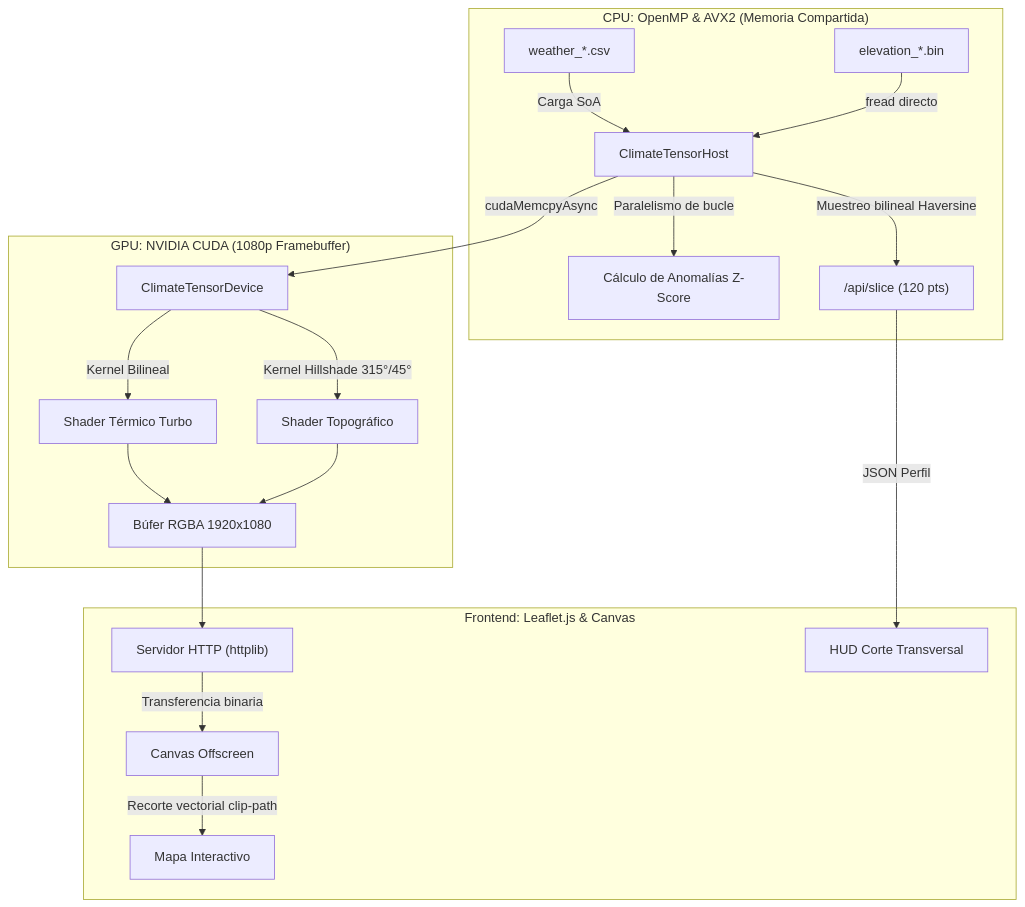
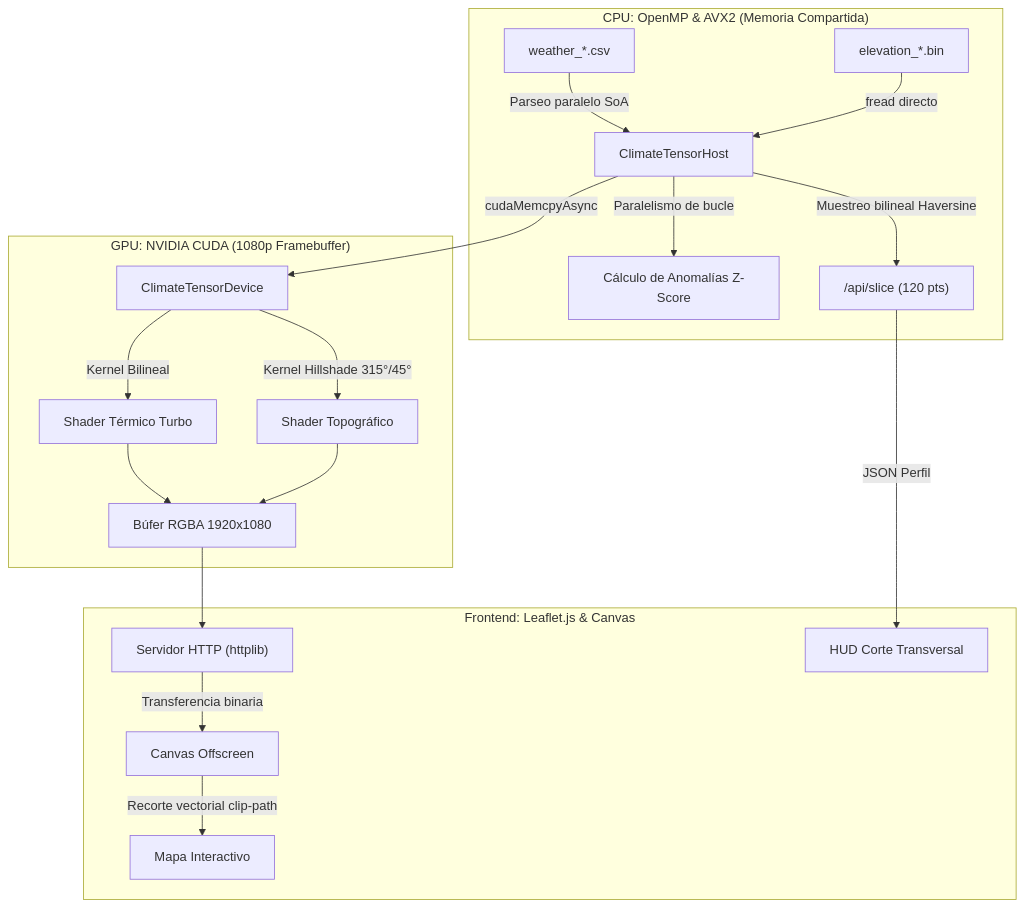
The diagram in README.md (bytoledo/geoThermal-Parallel), drawn with Mermaid before and after one commit. The commit also changed other lines of this file and 1 other file, not shown here.

````diff
--- a/README.md
+++ b/README.md
@@ -53,25 +32,25 @@
 ```mermaid
 graph TD
     subgraph CPU ["CPU: OpenMP & AVX2 (Memoria Compartida)"]
-        CSV[weather_*.csv] -->|Carga SoA| Host[ClimateTensorHost]
+        CSV[weather_*.csv] -->|Parseo paralelo SoA| Host[ClimateTensorHost]
         BIN[elevation_*.bin] -->|fread directo| Host
         Host -->|Paralelismo de bucle| ZScore[Cálculo de Anomalías Z-Score]
         Host -->|Muestreo bilineal Haversine| SliceAPI["/api/slice (120 pts)"]
     end
 
     subgraph GPU ["GPU: NVIDIA CUDA (1080p Framebuffer)"]
         Host -->|cudaMemcpyAsync| Device[ClimateTensorDevice]
         Device -->|Kernel Bilineal| TempShader[Shader Térmico Turbo]
         Device -->|Kernel Hillshade 315°/45°| TopoShader[Shader Topográfico]
         TempShader --> HeatmapOut[Búfer RGBA 1920x1080]
         TopoShader --> HeatmapOut
     end
 
     subgraph Web ["Frontend: Leaflet.js & Canvas"]
         Server["Servidor HTTP (httplib)"] -->|Transferencia binaria| DirectCanvas[Canvas Offscreen]
         DirectCanvas -->|Recorte vectorial clip-path| Leaflet[Mapa Interactivo]
         SliceAPI -->|JSON Perfil| SliceCanvas[HUD Corte Transversal]
     end
 
     HeatmapOut --> Server
 ```
````
